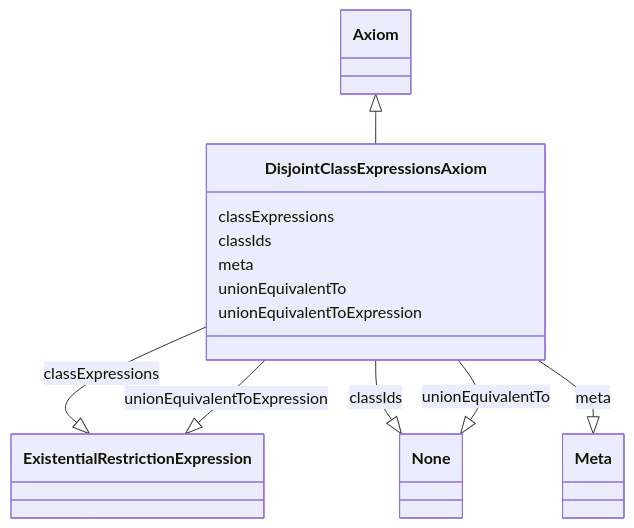
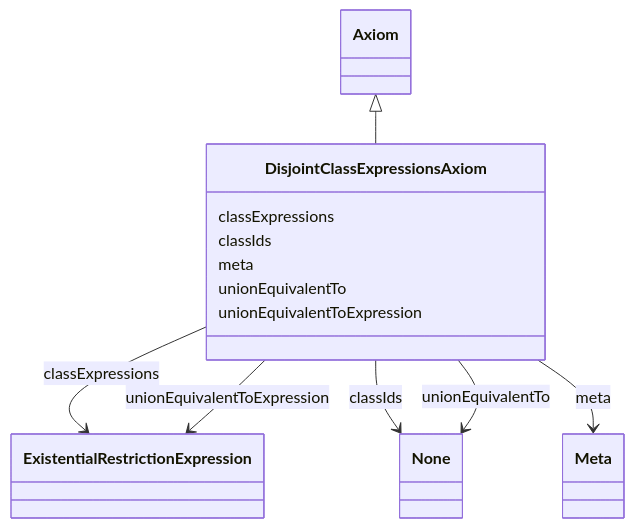
Before and after one commit to INCATools/ontology-access-kit: the diagram in obograph/DisjointClassExpressionsAxiom.md, drawn with Mermaid. The commit also changed other lines of this file and 389 other files, not shown here.

````diff
--- a/obograph/DisjointClassExpressionsAxiom.md
+++ b/obograph/DisjointClassExpressionsAxiom.md
@@ -15,27 +15,27 @@
 ```{mermaid}
  classDiagram
     class DisjointClassExpressionsAxiom
       Axiom <|-- DisjointClassExpressionsAxiom
       
       DisjointClassExpressionsAxiom : classExpressions
         
-          DisjointClassExpressionsAxiom --|> ExistentialRestrictionExpression : classExpressions
+          DisjointClassExpressionsAxiom --> ExistentialRestrictionExpression : classExpressions
         
       DisjointClassExpressionsAxiom : classIds
         
-          DisjointClassExpressionsAxiom --|> None : classIds
+          DisjointClassExpressionsAxiom --> None : classIds
         
       DisjointClassExpressionsAxiom : meta
         
-          DisjointClassExpressionsAxiom --|> Meta : meta
+          DisjointClassExpressionsAxiom --> Meta : meta
         
       DisjointClassExpressionsAxiom : unionEquivalentTo
         
-          DisjointClassExpressionsAxiom --|> None : unionEquivalentTo
+          DisjointClassExpressionsAxiom --> None : unionEquivalentTo
         
       DisjointClassExpressionsAxiom : unionEquivalentToExpression
         
-          DisjointClassExpressionsAxiom --|> ExistentialRestrictionExpression : unionEquivalentToExpression
+          DisjointClassExpressionsAxiom --> ExistentialRestrictionExpression : unionEquivalentToExpression
         
       
 ```
````
